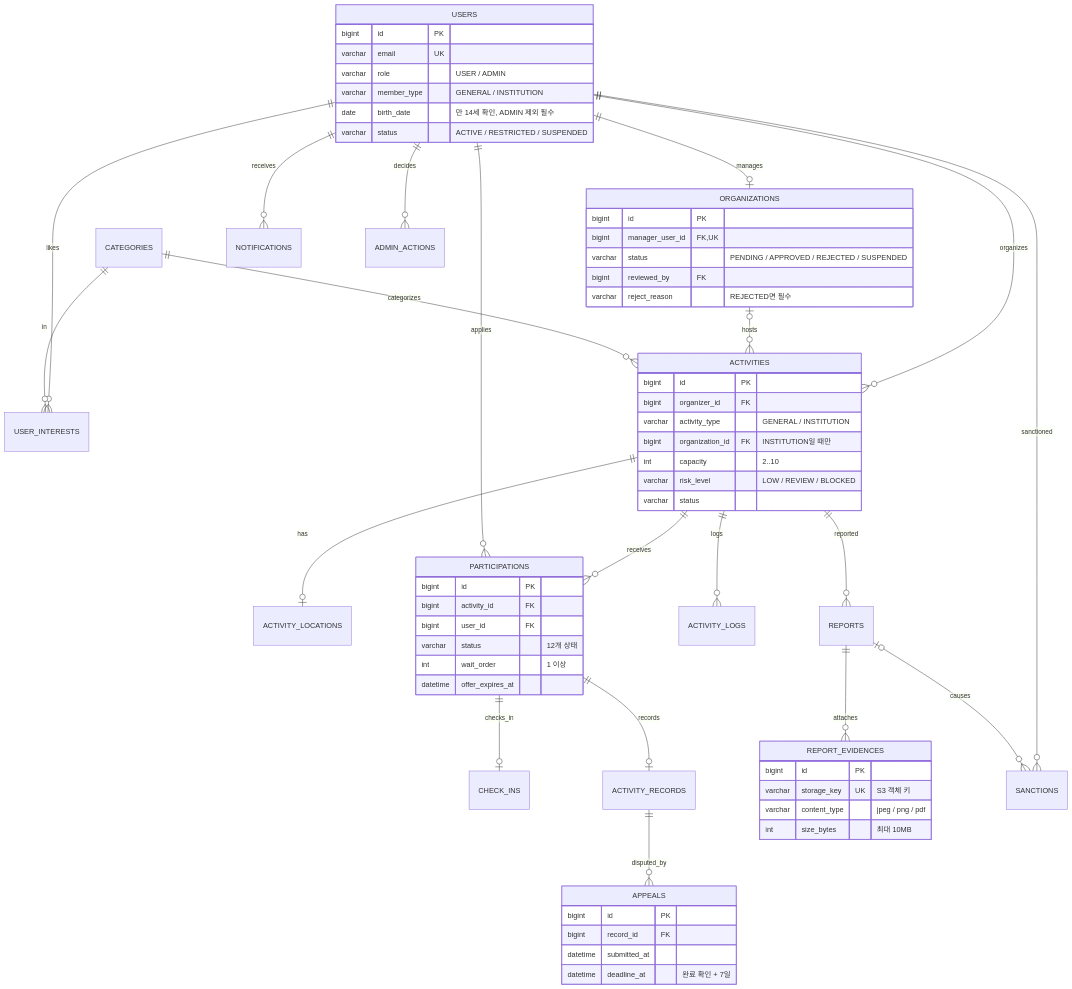
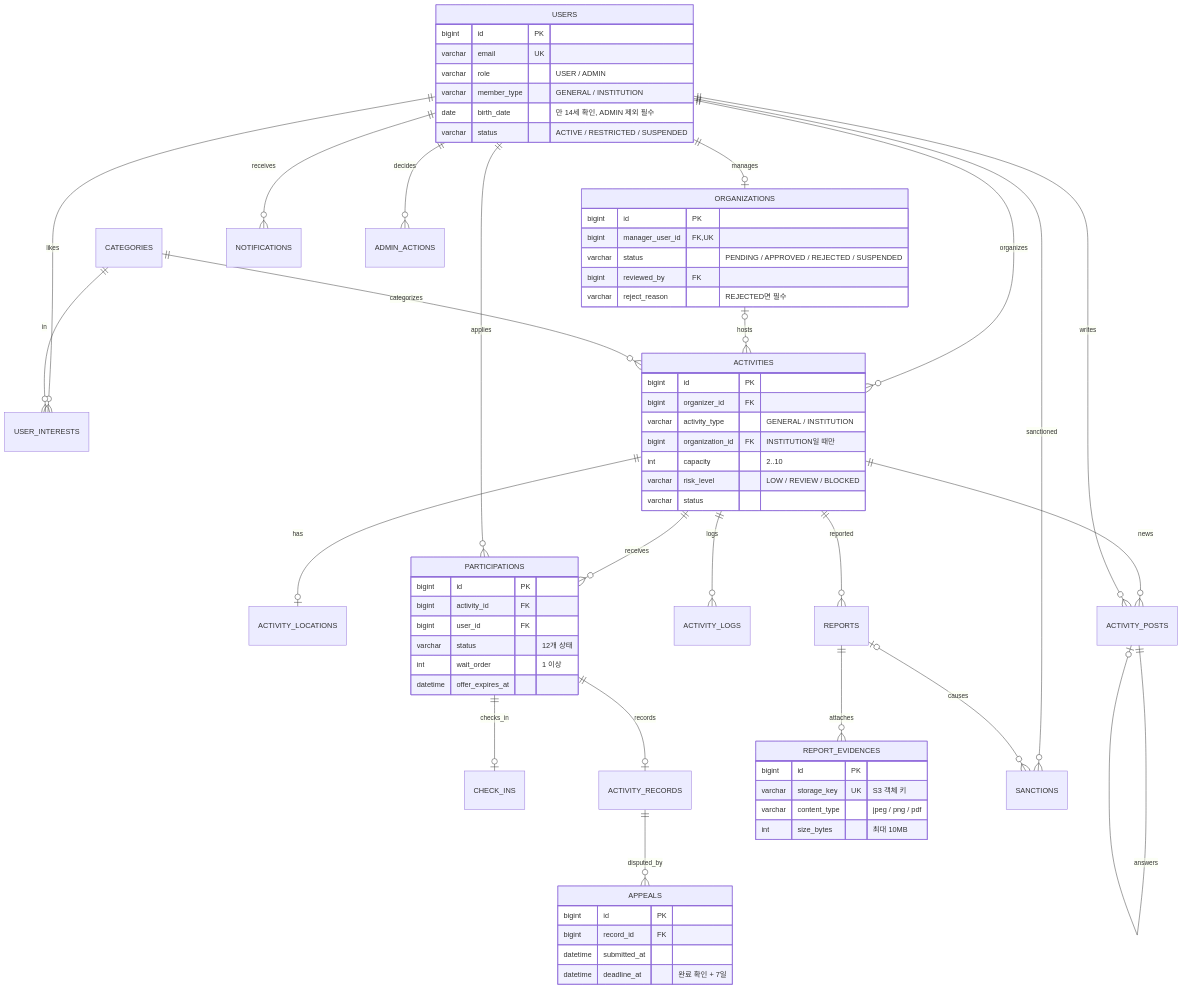
Before and after one commit to lov22eee/Volink: the second of 5 diagrams in docs/architecture.md, drawn with Mermaid. The commit also changed other lines of this file and 24 other files, not shown here.

First line of the commit message:
Activity news: notices and Q&A for the organizer and confirmed people

````diff
--- a/docs/architecture.md
+++ b/docs/architecture.md
@@ -24,66 +24,69 @@
 ```mermaid
 erDiagram
     USERS ||--o| ORGANIZATIONS : manages
     USERS ||--o{ USER_INTERESTS : likes
     CATEGORIES ||--o{ USER_INTERESTS : in
     USERS ||--o{ ACTIVITIES : organizes
     ORGANIZATIONS o|--o{ ACTIVITIES : hosts
     CATEGORIES ||--o{ ACTIVITIES : categorizes
     ACTIVITIES ||--o| ACTIVITY_LOCATIONS : has
     ACTIVITIES ||--o{ PARTICIPATIONS : receives
     USERS ||--o{ PARTICIPATIONS : applies
     PARTICIPATIONS ||--o| CHECK_INS : checks_in
     PARTICIPATIONS ||--o| ACTIVITY_RECORDS : records
     ACTIVITY_RECORDS ||--o{ APPEALS : disputed_by
     ACTIVITIES ||--o{ ACTIVITY_LOGS : logs
+    ACTIVITIES ||--o{ ACTIVITY_POSTS : news
+    USERS ||--o{ ACTIVITY_POSTS : writes
+    ACTIVITY_POSTS ||--o| ACTIVITY_POSTS : answers
     USERS ||--o{ NOTIFICATIONS : receives
     ACTIVITIES ||--o{ REPORTS : reported
     REPORTS ||--o{ REPORT_EVIDENCES : attaches
     USERS ||--o{ SANCTIONS : sanctioned
     REPORTS o|--o{ SANCTIONS : causes
     USERS ||--o{ ADMIN_ACTIONS : decides
     USERS {
         bigint id PK
         varchar email UK
         varchar role "USER / ADMIN"
         varchar member_type "GENERAL / INSTITUTION"
         date birth_date "만 14세 확인, ADMIN 제외 필수"
         varchar status "ACTIVE / RESTRICTED / SUSPENDED"
     }
     ORGANIZATIONS {
         bigint id PK
         bigint manager_user_id FK,UK
         varchar status "PENDING / APPROVED / REJECTED / SUSPENDED"
         bigint reviewed_by FK
         varchar reject_reason "REJECTED면 필수"
     }
     ACTIVITIES {
         bigint id PK
         bigint organizer_id FK
         varchar activity_type "GENERAL / INSTITUTION"
         bigint organization_id FK "INSTITUTION일 때만"
         int capacity "2..10"
         varchar risk_level "LOW / REVIEW / BLOCKED"
         varchar status
     }
     PARTICIPATIONS {
         bigint id PK
         bigint activity_id FK
         bigint user_id FK
         varchar status "12개 상태"
         int wait_order "1 이상"
         datetime offer_expires_at
     }
     APPEALS {
         bigint id PK
         bigint record_id FK
         datetime submitted_at
         datetime deadline_at "완료 확인 + 7일"
     }
     REPORT_EVIDENCES {
         bigint id PK
         varchar storage_key UK "S3 객체 키"
         varchar content_type "jpeg / png / pdf"
         int size_bytes "최대 10MB"
     }
 ```
````
